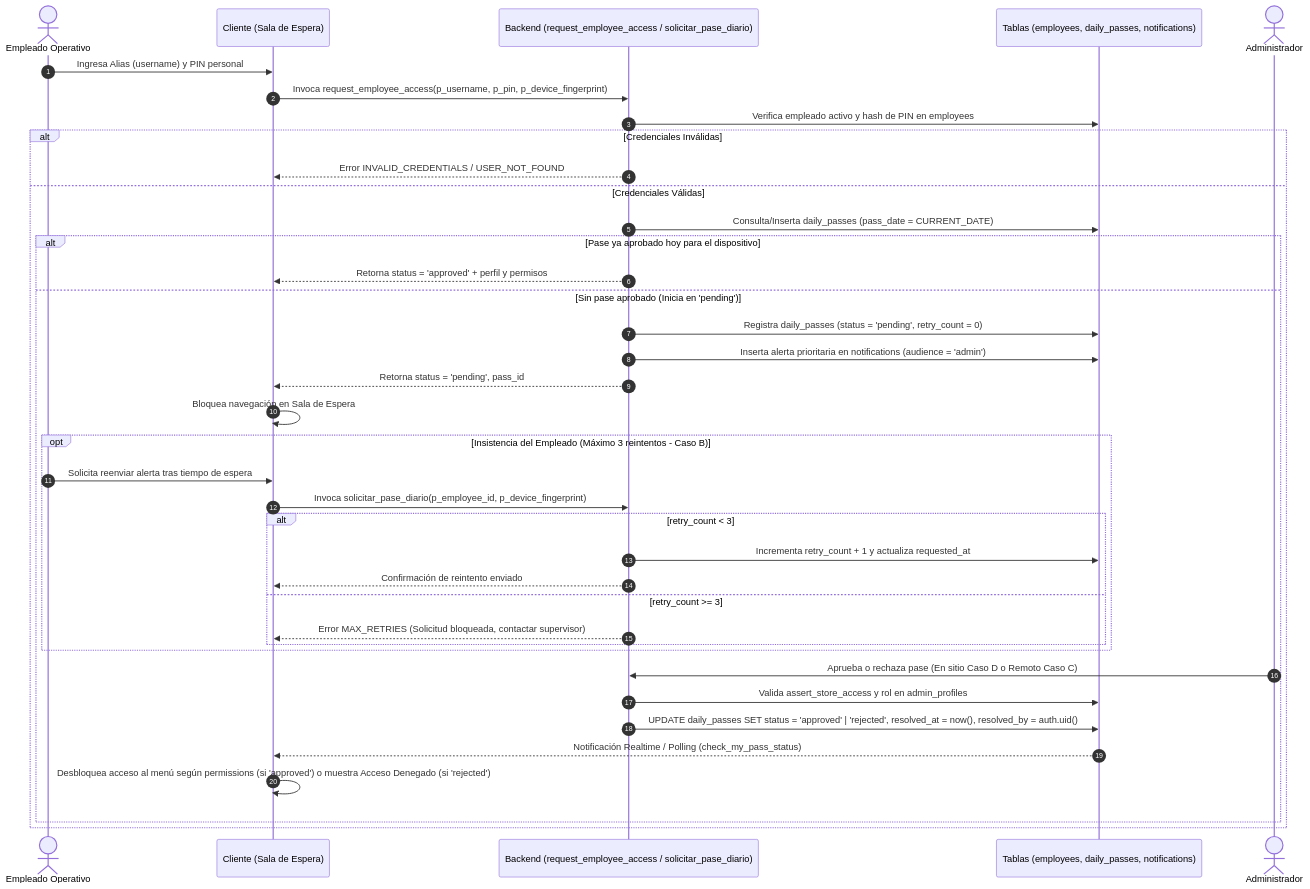
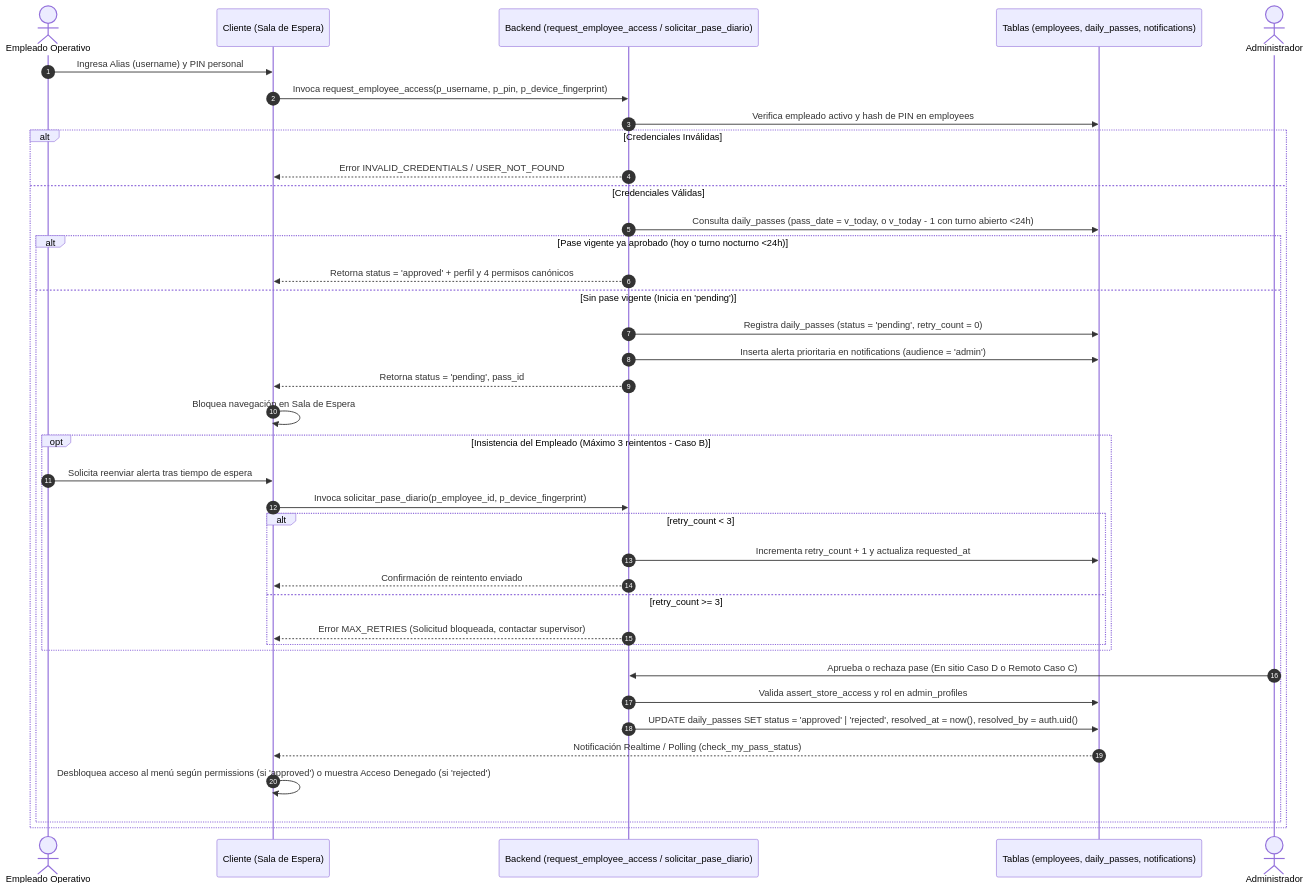
One commit to YamirJCF/tienda-barrio-pro changed the first of 4 diagrams in documentation/01_requirements/SDD/SDD_001_SEGURIDAD_DIARIA.md. Above: the diagram before and after it, drawn with Mermaid. The commit also changed other lines of this file and 24 other files, not shown here.

````diff
--- a/documentation/01_requirements/SDD/SDD_001_SEGURIDAD_DIARIA.md
+++ b/documentation/01_requirements/SDD/SDD_001_SEGURIDAD_DIARIA.md
@@ -61,41 +65,41 @@
 ```mermaid
 sequenceDiagram
     autonumber
     actor Emp as Empleado Operativo
     participant UI as Cliente (Sala de Espera)
     participant RPC as Backend (request_employee_access / solicitar_pase_diario)
     participant DB as Tablas (employees, daily_passes, notifications)
     actor Admin as Administrador
 
     Emp->>UI: Ingresa Alias (username) y PIN personal
     UI->>RPC: Invoca request_employee_access(p_username, p_pin, p_device_fingerprint)
     RPC->>DB: Verifica empleado activo y hash de PIN en employees
     alt Credenciales Inválidas
         RPC-->>UI: Error INVALID_CREDENTIALS / USER_NOT_FOUND
     else Credenciales Válidas
-        RPC->>DB: Consulta/Inserta daily_passes (pass_date = CURRENT_DATE)
-        alt Pase ya aprobado hoy para el dispositivo
-            RPC-->>UI: Retorna status = 'approved' + perfil y permisos
-        else Sin pase aprobado (Inicia en 'pending')
+        RPC->>DB: Consulta daily_passes (pass_date = v_today, o v_today - 1 con turno abierto <24h)
+        alt Pase vigente ya aprobado (hoy o turno nocturno <24h)
+            RPC-->>UI: Retorna status = 'approved' + perfil y 4 permisos canónicos
+        else Sin pase vigente (Inicia en 'pending')
             RPC->>DB: Registra daily_passes (status = 'pending', retry_count = 0)
             RPC->>DB: Inserta alerta prioritaria en notifications (audience = 'admin')
             RPC-->>UI: Retorna status = 'pending', pass_id
             UI->>UI: Bloquea navegación en Sala de Espera
             opt Insistencia del Empleado (Máximo 3 reintentos - Caso B)
                 Emp->>UI: Solicita reenviar alerta tras tiempo de espera
                 UI->>RPC: Invoca solicitar_pase_diario(p_employee_id, p_device_fingerprint)
                 alt retry_count < 3
                     RPC->>DB: Incrementa retry_count + 1 y actualiza requested_at
                     RPC-->>UI: Confirmación de reintento enviado
                 else retry_count >= 3
                     RPC-->>UI: Error MAX_RETRIES (Solicitud bloqueada, contactar supervisor)
                 end
             end
             Admin->>RPC: Aprueba o rechaza pase (En sitio Caso D o Remoto Caso C)
             RPC->>DB: Valida assert_store_access y rol en admin_profiles
             RPC->>DB: UPDATE daily_passes SET status = 'approved' | 'rejected', resolved_at = now(), resolved_by = auth.uid()
             DB-->>UI: Notificación Realtime / Polling (check_my_pass_status)
             UI->>UI: Desbloquea acceso al menú según permissions (si 'approved') o muestra Acceso Denegado (si 'rejected')
         end
     end
 ```
````
